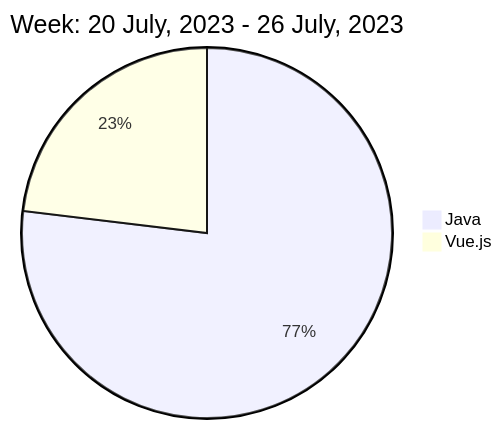
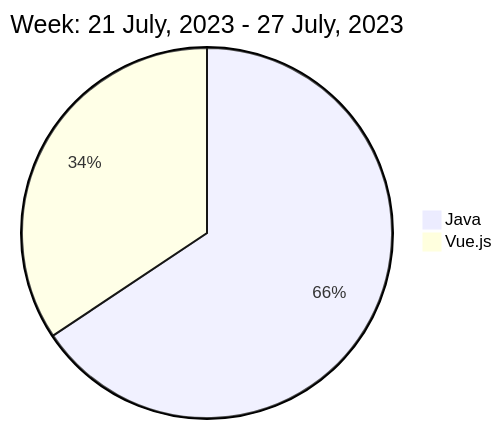
Before and after one commit to liubin95/liubin95: the diagram in README.md, drawn with Mermaid.

Commit message:
Updated the Graph with new Metrics

````diff
--- a/README.md
+++ b/README.md
@@ -40,6 +40,6 @@
 ```mermaid
  pie
-title Week: 20 July, 2023 - 26 July, 2023
- "Java" : 3.73
- "Vue.js" : 1.12
+title Week: 21 July, 2023 - 27 July, 2023
+ "Java" : 2.77
+ "Vue.js" : 1.45
 ```
````
